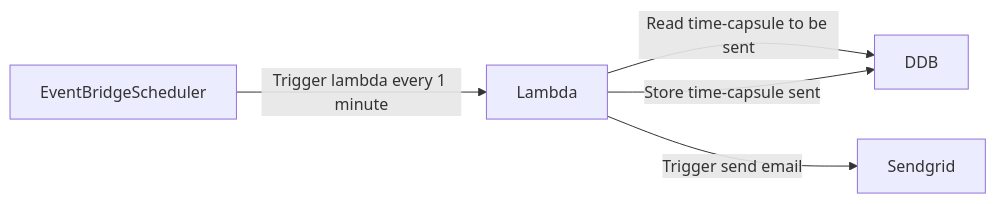
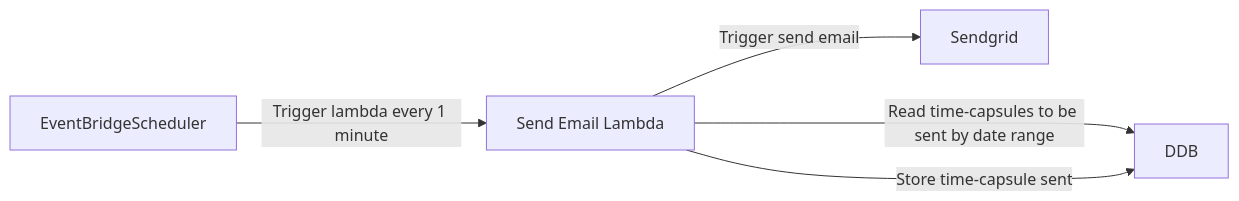
The second of 3 diagrams in docs/specifications.md (GautierBlandin/time-capsule), drawn with Mermaid before and after one commit. The commit also changed other lines of this file, not shown here.

Commit message:
docs: improvement architecture diagrams

````diff
--- a/docs/specifications.md
+++ b/docs/specifications.md
@@ -32,7 +33,7 @@
 ```mermaid
 flowchart LR
     EventBridgeScheduler --Trigger lambda every 1 minute-->Lambda
-    Lambda --Read time-capsule to be sent--> DDB
+    Lambda[Send Email Lambda] --Read time-capsules to be sent by date range---> DDB
     Lambda --Trigger send email--> Sendgrid[Sendgrid]
     Lambda --Store time-capsule sent--> DDB
 ```
````
